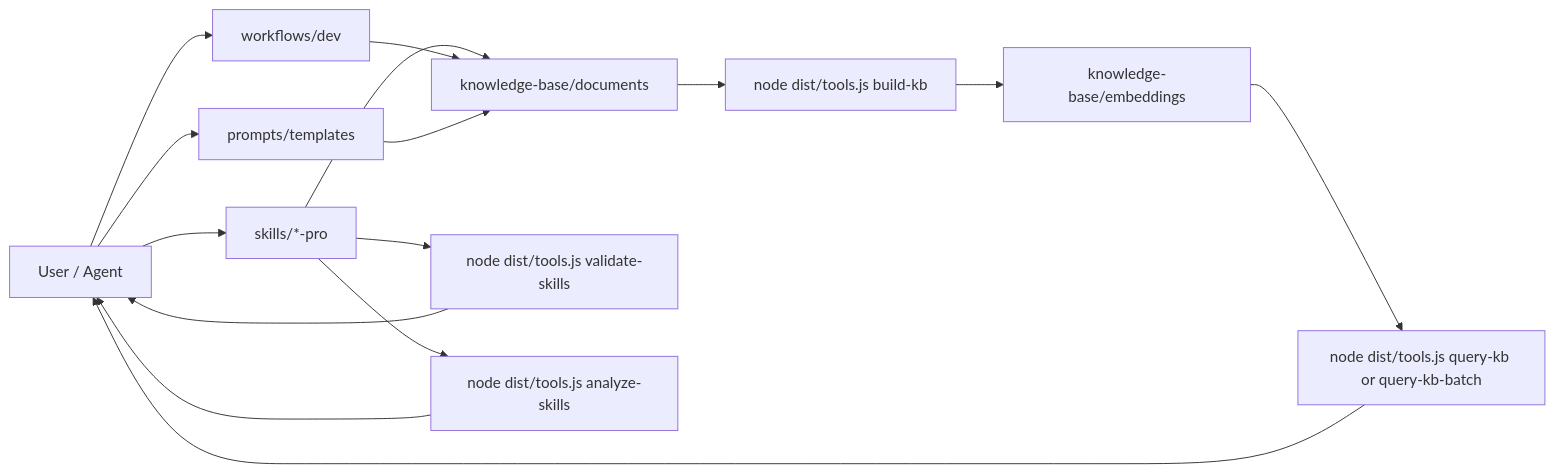
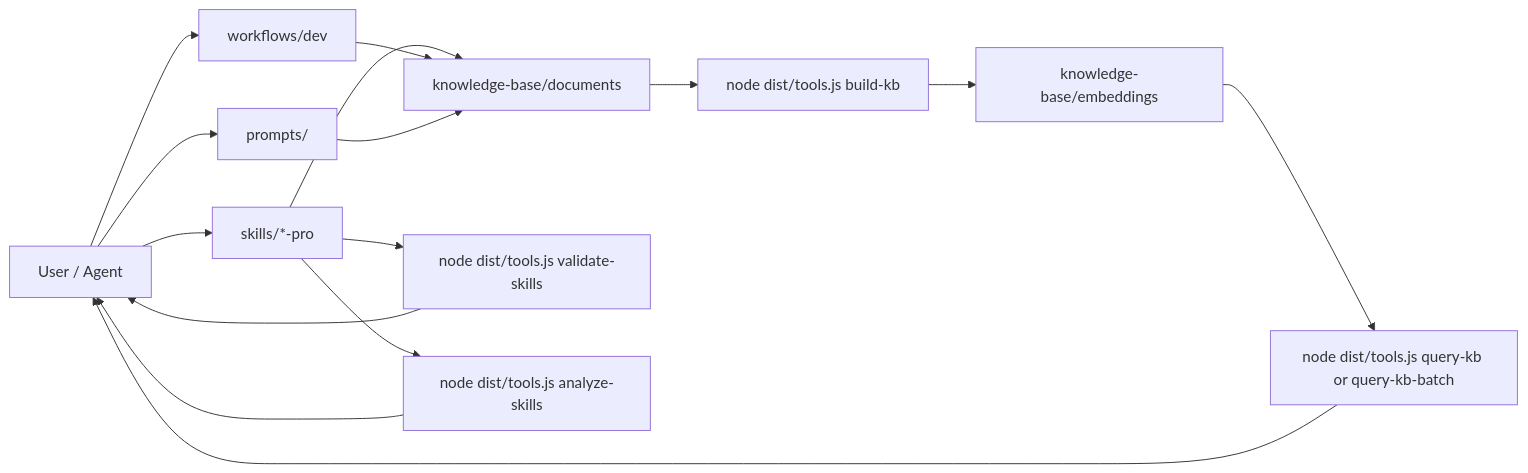
The diagram in README.md (truongnat/skills), drawn with Mermaid before and after one commit. The commit also changed other lines of this file and 80 other files, not shown here.

````diff
--- a/README.md
+++ b/README.md
@@ -53,20 +55,20 @@
 ```mermaid
 flowchart LR
   USER[User / Agent] --> SKILLS[skills/*-pro]
   USER --> WF[workflows/dev]
-  USER --> PROMPTS[prompts/templates]
+  USER --> PROMPTS[prompts/]
 
   SKILLS --> DOCS[knowledge-base/documents]
   WF --> DOCS
   PROMPTS --> DOCS
 
   DOCS --> BUILD[node dist/tools.js build-kb]
   BUILD --> EMB[knowledge-base/embeddings]
   EMB --> QUERY[node dist/tools.js query-kb or query-kb-batch]
   QUERY --> USER
 
   SKILLS --> VALIDATE[node dist/tools.js validate-skills]
   SKILLS --> ANALYZE[node dist/tools.js analyze-skills]
   VALIDATE --> USER
   ANALYZE --> USER
 ```
````
